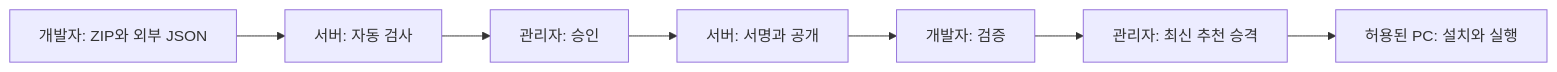
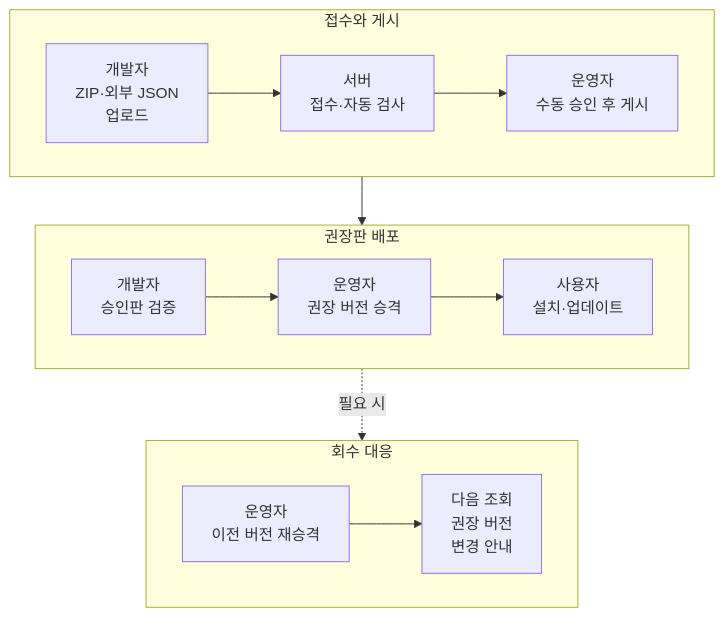
One commit to YonghoKwon/UE-DT-LAUNCHER changed the second of 2 diagrams in README.md. Above: the diagram before and after it, drawn with Mermaid. The commit also changed other lines of this file and 7 other files, not shown here.

````diff
--- a/README.md
+++ b/README.md
@@ -44,9 +36,19 @@
 ```mermaid
-flowchart LR
-    package["개발자: ZIP와 외부 JSON"] --> inspect["서버: 자동 검사"]
-    inspect --> approve["관리자: 승인"]
-    approve --> publish["서버: 서명과 공개"]
-    publish --> verifyRelease["개발자: 검증"]
-    verifyRelease --> promote["관리자: 최신 추천 승격"]
-    promote --> launch["허용된 PC: 설치와 실행"]
+flowchart TD
+    subgraph publishing["접수와 게시"]
+        direction LR
+        upload["개발자<br/>ZIP·외부 JSON<br/>업로드"] --> intake["서버<br/>접수·자동 검사"]
+        intake --> approve["운영자<br/>수동 승인 후 게시"]
+    end
+    subgraph rollout["권장판 배포"]
+        direction LR
+        verify["개발자<br/>승인판 검증"] --> promote["운영자<br/>권장 버전 승격"]
+        promote --> install["사용자<br/>설치·업데이트"]
+    end
+    subgraph recall["회수 대응"]
+        direction LR
+        previous["운영자<br/>이전 버전 재승격"] --> notice["다음 조회<br/>권장 버전<br/>변경 안내"]
+    end
+    publishing --> rollout
+    rollout -. 필요 시 .-> recall
 ```
````
